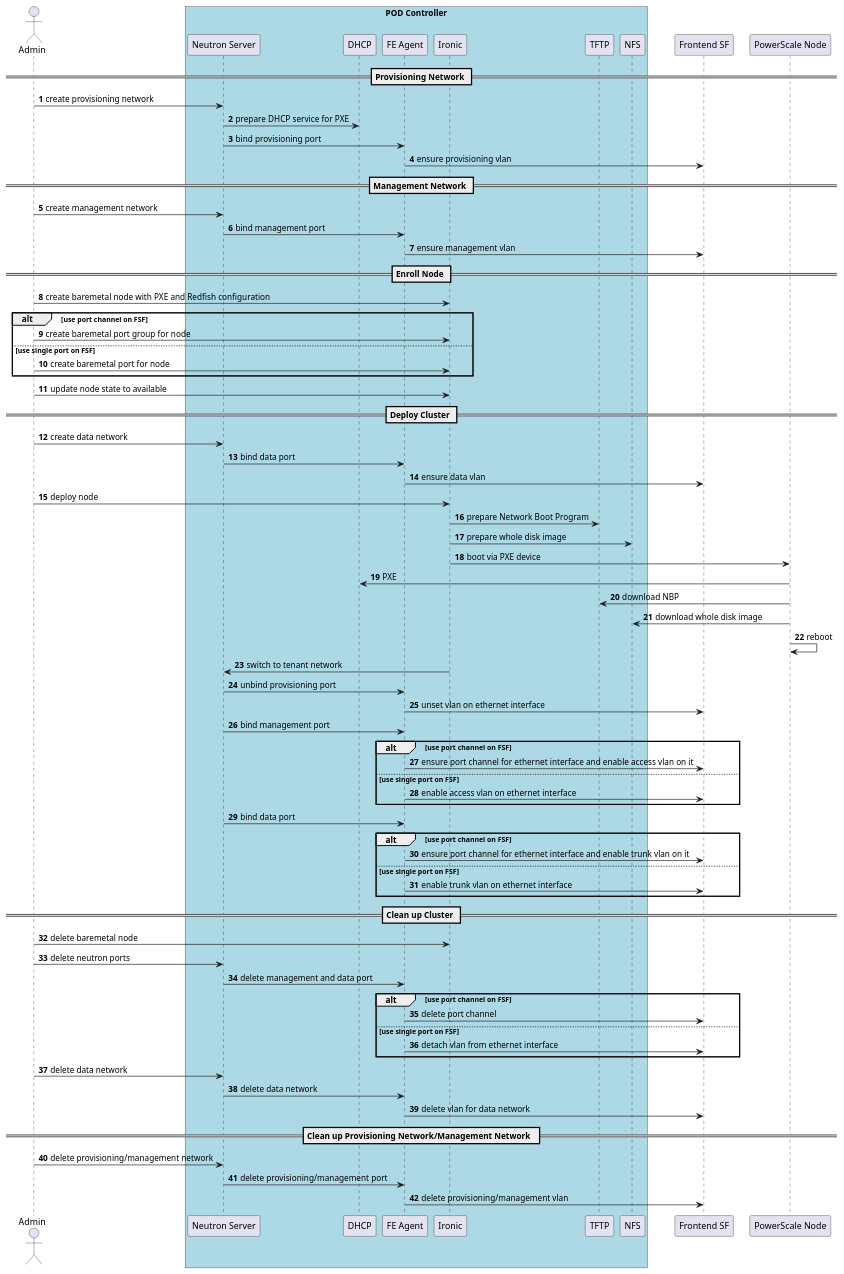
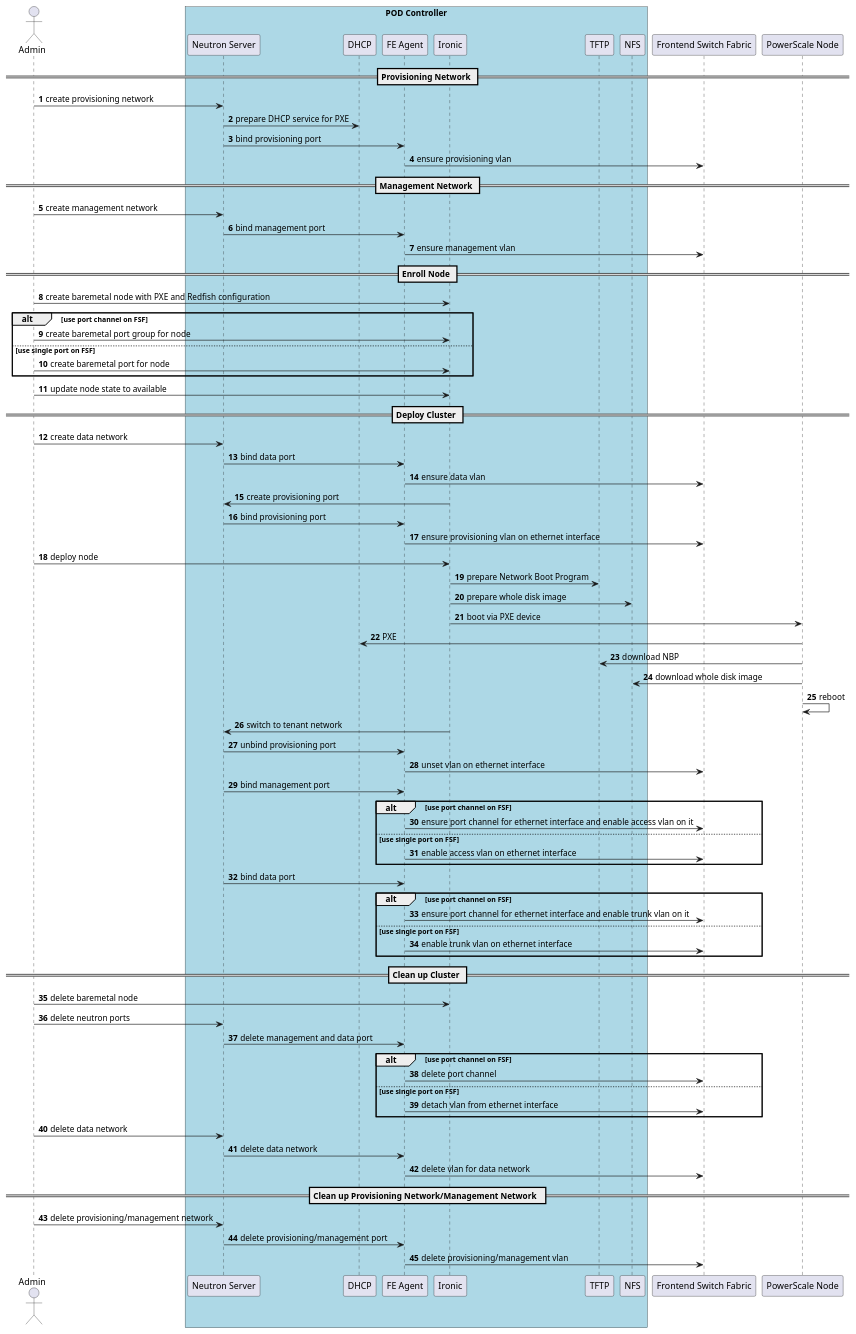
One commit to Dell-EMC-Cloud/OS10-FE-Networking changed the diagram in uml/FE_Agent_Sequence_Diagram.puml. Above: the diagram before and after it, drawn with PlantUML.

Commit message:
update sequence diagram

```diff
--- a/uml/FE_Agent_Sequence_Diagram.puml
+++ b/uml/FE_Agent_Sequence_Diagram.puml
@@ -1,79 +1,82 @@
 @startuml
 autonumber
 Actor Admin
 
 box "POD Controller" #Lightblue
 participant "Neutron Server"
 participant "DHCP"
 participant "FE Agent"
 participant "Ironic"
 participant "TFTP"
 participant "NFS"
 end box
 
 == Provisioning Network ==
 Admin -> "Neutron Server" : create provisioning network
 "Neutron Server" -> "DHCP" : prepare DHCP service for PXE
 "Neutron Server" -> "FE Agent" : bind provisioning port
-"FE Agent" -> "Frontend SF" : ensure provisioning vlan
+"FE Agent" -> "Frontend Switch Fabric" : ensure provisioning vlan
 
 == Management Network ==
 Admin -> "Neutron Server" : create management network
 "Neutron Server" -> "FE Agent" : bind management port
-"FE Agent" -> "Frontend SF" : ensure management vlan
+"FE Agent" -> "Frontend Switch Fabric" : ensure management vlan
 
 == Enroll Node ==
 Admin -> Ironic : create baremetal node with PXE and Redfish configuration
 alt use port channel on FSF
     Admin -> Ironic : create baremetal port group for node
 else use single port on FSF
     Admin -> Ironic : create baremetal port for node
 end
 Admin -> Ironic : update node state to available
 
 == Deploy Cluster ==
 Admin -> "Neutron Server" : create data network
 "Neutron Server" -> "FE Agent" : bind data port
-"FE Agent" -> "Frontend SF" : ensure data vlan
+"FE Agent" -> "Frontend Switch Fabric" : ensure data vlan
+Ironic -> "Neutron Server" : create provisioning port
+"Neutron Server" -> "FE Agent" : bind provisioning port
+"FE Agent" -> "Frontend Switch Fabric" : ensure provisioning vlan on ethernet interface
 Admin -> Ironic : deploy node
 Ironic -> TFTP : prepare Network Boot Program
 Ironic -> NFS : prepare whole disk image
 Ironic -> "PowerScale Node" : boot via PXE device
 "PowerScale Node" -> "DHCP" : PXE
 "PowerScale Node" -> TFTP : download NBP
 "PowerScale Node" -> NFS : download whole disk image
 "PowerScale Node" -> "PowerScale Node" : reboot
 Ironic -> "Neutron Server" : switch to tenant network
 "Neutron Server" -> "FE Agent" : unbind provisioning port
-"FE Agent" -> "Frontend SF" : unset vlan on ethernet interface
+"FE Agent" -> "Frontend Switch Fabric" : unset vlan on ethernet interface
 "Neutron Server" -> "FE Agent" : bind management port
 alt use port channel on FSF
-    "FE Agent" -> "Frontend SF" : ensure port channel for ethernet interface and enable access vlan on it
+    "FE Agent" -> "Frontend Switch Fabric" : ensure port channel for ethernet interface and enable access vlan on it
 else use single port on FSF
-    "FE Agent" -> "Frontend SF" : enable access vlan on ethernet interface
+    "FE Agent" -> "Frontend Switch Fabric" : enable access vlan on ethernet interface
 end
 "Neutron Server" -> "FE Agent" : bind data port
 alt use port channel on FSF
-    "FE Agent" -> "Frontend SF" : ensure port channel for ethernet interface and enable trunk vlan on it
+    "FE Agent" -> "Frontend Switch Fabric" : ensure port channel for ethernet interface and enable trunk vlan on it
 else use single port on FSF
-    "FE Agent" -> "Frontend SF" : enable trunk vlan on ethernet interface
+    "FE Agent" -> "Frontend Switch Fabric" : enable trunk vlan on ethernet interface
 end
 
 == Clean up Cluster ==
 Admin -> Ironic : delete baremetal node
 Admin -> "Neutron Server" : delete neutron ports
 "Neutron Server" -> "FE Agent" : delete management and data port
 alt use port channel on FSF
-    "FE Agent" -> "Frontend SF" : delete port channel
+    "FE Agent" -> "Frontend Switch Fabric" : delete port channel
 else use single port on FSF
-    "FE Agent" -> "Frontend SF" : detach vlan from ethernet interface
+    "FE Agent" -> "Frontend Switch Fabric" : detach vlan from ethernet interface
 end
 Admin -> "Neutron Server" : delete data network
 "Neutron Server" -> "FE Agent" : delete data network
-"FE Agent" -> "Frontend SF" : delete vlan for data network
+"FE Agent" -> "Frontend Switch Fabric" : delete vlan for data network
 
 == Clean up Provisioning Network/Management Network  ==
 Admin -> "Neutron Server" : delete provisioning/management network
 "Neutron Server" -> "FE Agent" : delete provisioning/management port
-"FE Agent" -> "Frontend SF" : delete provisioning/management vlan
+"FE Agent" -> "Frontend Switch Fabric" : delete provisioning/management vlan
 @enduml
```
